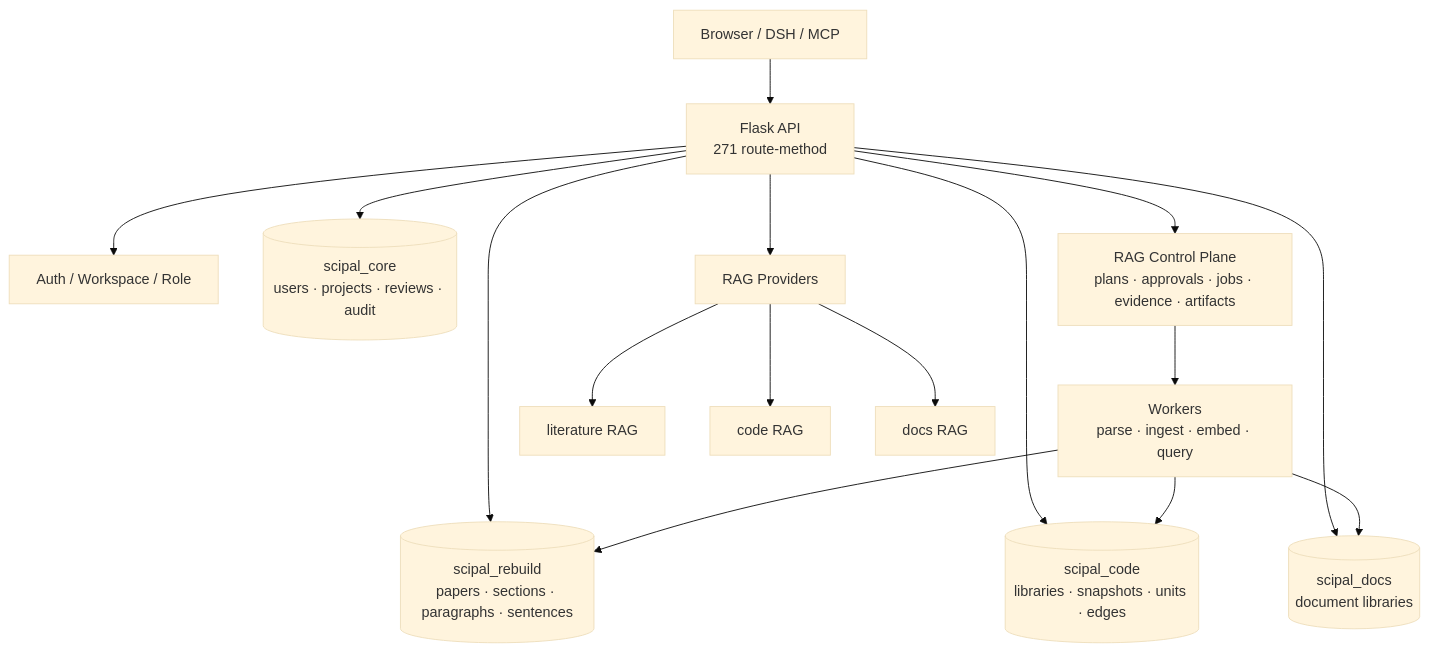
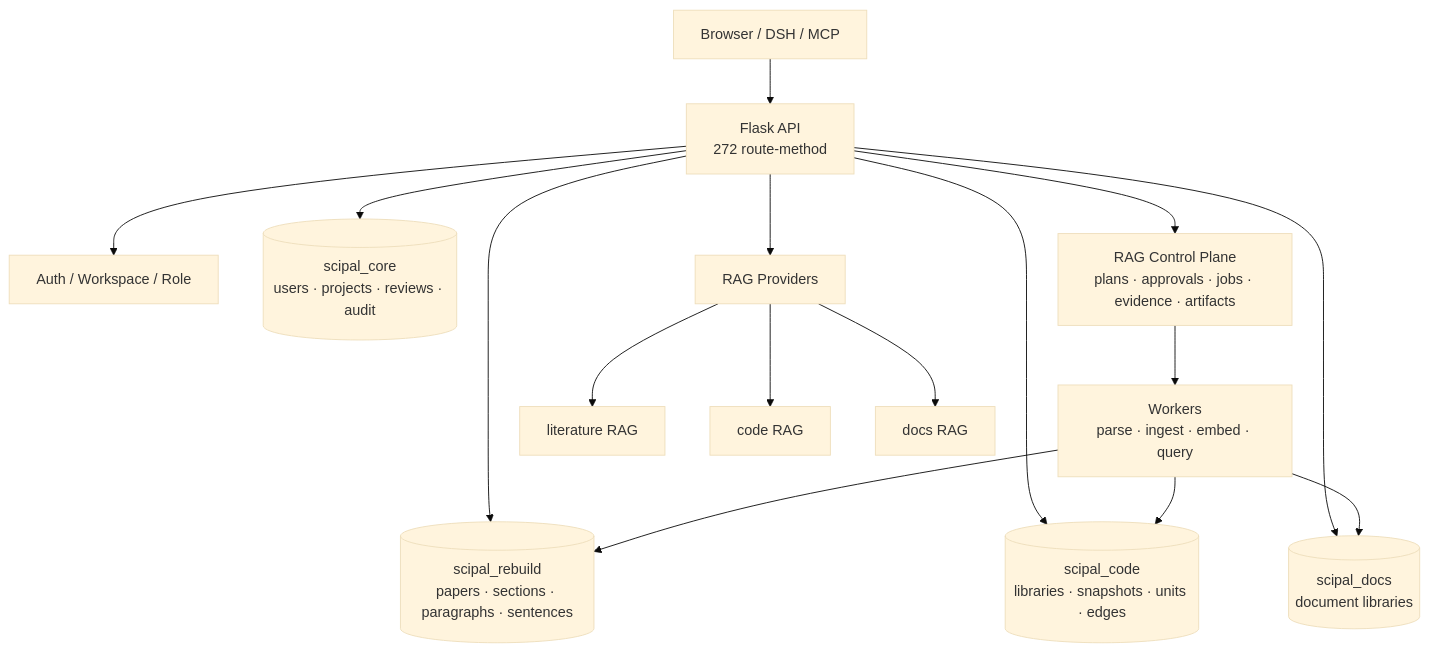
The first of 2 diagrams in README.md (williamchen520/sci-pal), drawn with Mermaid (base theme) before and after one commit. The commit also changed other lines of this file and 13 other files, not shown here.

````diff
--- a/README.md
+++ b/README.md
@@ -77,20 +77,20 @@
 ```mermaid
 flowchart TB
-    U["Browser / DSH / MCP"] --> API["Flask API<br/>271 route-method"]
+    U["Browser / DSH / MCP"] --> API["Flask API<br/>272 route-method"]
     API --> AUTH["Auth / Workspace / Role"]
     API --> CORE[("scipal_core<br/>users · projects · reviews · audit")]
     API --> CORPUS[("scipal_rebuild<br/>papers · sections · paragraphs · sentences")]
     API --> CODE[("scipal_code<br/>libraries · snapshots · units · edges")]
     API --> DOCS[("scipal_docs<br/>document libraries")]
 
     API --> CP["RAG Control Plane<br/>plans · approvals · jobs · evidence · artifacts"]
     CP --> WORKER["Workers<br/>parse · ingest · embed · query"]
     WORKER --> CORPUS
     WORKER --> CODE
     WORKER --> DOCS
 
     API --> PROV["RAG Providers"]
     PROV --> LIT["literature RAG"]
     PROV --> CRAG["code RAG"]
     PROV --> DRAG["docs RAG"]
 ```
````
